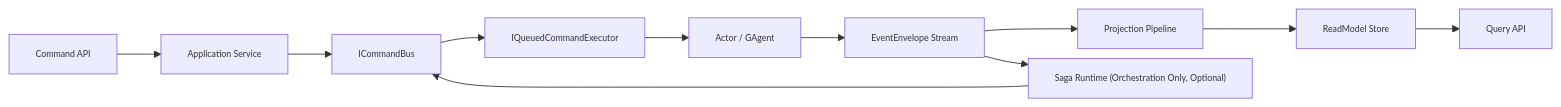
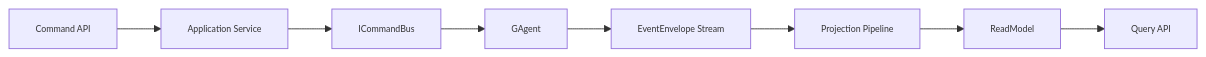
One commit to aevatarAI/aevatar changed the fourth of 4 diagrams in docs/PROJECT_ARCHITECTURE.md. Above: the diagram before and after it, drawn with Mermaid. The commit also changed other lines of this file and 87 other files, not shown here.

First line of the commit message:
Refactor Aevatar architecture to integrate Mainnet capabilities

````diff
--- a/docs/PROJECT_ARCHITECTURE.md
+++ b/docs/PROJECT_ARCHITECTURE.md
@@ -75,8 +77,6 @@
 ```mermaid
 %%{init: {"maxTextSize": 100000, "flowchart": {"useMaxWidth": false, "nodeSpacing": 10, "rankSpacing": 50}, "themeVariables": {"fontSize": "10px"}}}%%
 flowchart LR
-    C["Command API"] --> APP["Application Service"] --> BUS["ICommandBus"] --> EXEC["IQueuedCommandExecutor"] --> ACT["Actor / GAgent"]
-    ACT --> EVT["EventEnvelope Stream"] --> PROJ["Projection Pipeline"] --> RM["ReadModel Store"] --> Q["Query API"]
-    EVT --> SAGA["Saga Runtime (Orchestration Only, Optional)"]
-    SAGA --> BUS
+    C["Command API"] --> APP["Application Service"] --> BUS["ICommandBus"] --> ACT["GAgent"]
+    ACT --> EVT["EventEnvelope Stream"] --> PROJ["Projection Pipeline"] --> RM["ReadModel"] --> Q["Query API"]
 ```
````
